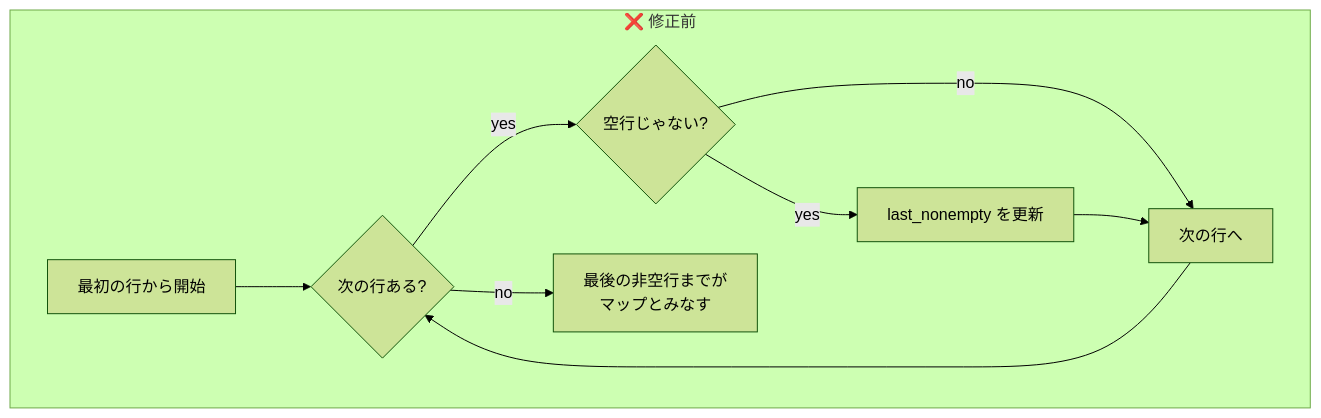
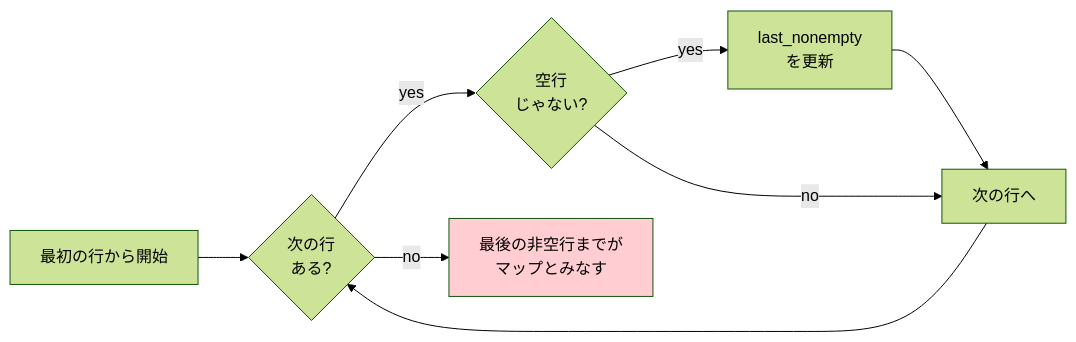
The third of 5 diagrams in docs/09-debugging.md (Tsunanko/cub3d-guide), drawn with Mermaid (forest theme) before and after one commit. The commit also changed other lines of this file and 6 other files, not shown here.

First line of the commit message:
Make Mermaid diagrams fill viewport width and convert vertical flowcharts to horizontal

````diff
--- a/docs/09-debugging.md
+++ b/docs/09-debugging.md
@@ -137,12 +137,11 @@
 ```mermaid
-flowchart TD
-    subgraph Before["❌ 修正前"]
-        B1[最初の行から開始] --> B2{次の行ある?}
-        B2 -->|yes| B3{空行じゃない?}
-        B3 -->|yes| B4[last_nonempty を更新]
-        B3 -->|no| B5[次の行へ]
-        B4 --> B5
-        B5 --> B2
-        B2 -->|no| B6[最後の非空行までが<br>マップとみなす]
-    end
+flowchart LR
+    B1[最初の行から開始] --> B2{次の行<br>ある?}
+    B2 -->|yes| B3{空行<br>じゃない?}
+    B3 -->|yes| B4[last_nonempty<br>を更新] --> B5[次の行へ]
+    B3 -->|no| B5
+    B5 --> B2
+    B2 -->|no| B6[最後の非空行までが<br>マップとみなす]
+
+    style B6 fill:#FFCDD2
 ```
````
